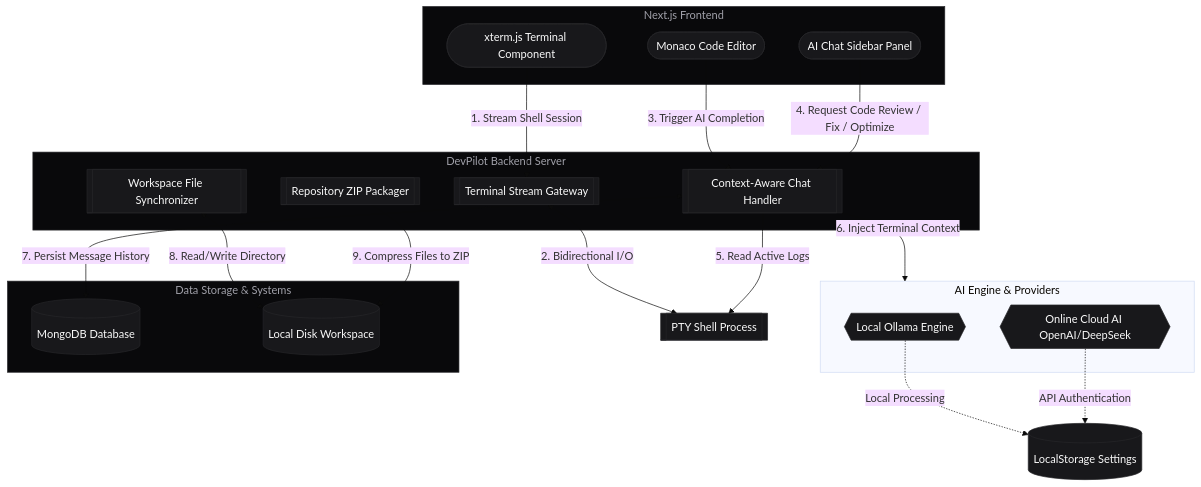
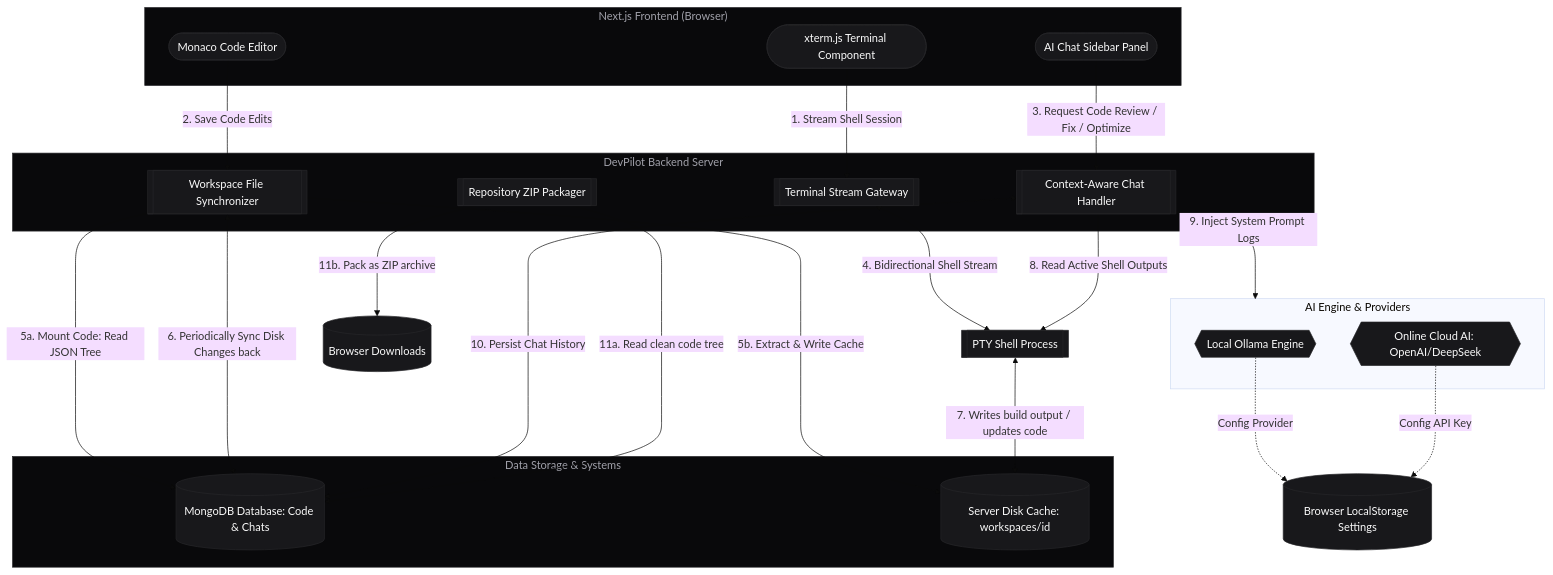
The diagram in README.md (Sofiyan7/DevPilot), drawn with Mermaid (base theme) before and after one commit.

Commit message:
Build Version Host

````diff
--- a/README.md
+++ b/README.md
@@ -36,53 +36,65 @@
 ```mermaid
 graph TD
     %% Define Styling
     classDef default fill:#18181b,stroke:#27272a,stroke-width:1px,color:#fafafa;
     classDef subgraphStyle fill:#09090b,stroke:#27272a,stroke-width:1px,color:#a1a1aa;
     
     %% Next.js Frontend Subgraph
-    subgraph Frontend ["Next.js Frontend"]
+    subgraph Frontend ["Next.js Frontend (Browser)"]
         Editor([Monaco Code Editor])
         Terminal([xterm.js Terminal Component])
         AIChat([AI Chat Sidebar Panel])
     end
 
     %% DevPilot Backend Server Subgraph
     subgraph Backend ["DevPilot Backend Server"]
         TerminalAPI[[Terminal Stream Gateway]]
         FilesAPI[[Workspace File Synchronizer]]
         ChatAPI[[Context-Aware Chat Handler]]
         DownloadAPI[[Repository ZIP Packager]]
     end
 
     %% External Services & AI Subgraph
     subgraph AI_Engine ["AI Engine & Providers"]
         Ollama{{Local Ollama Engine}}
-        CloudAI{{Online Cloud AI OpenAI/DeepSeek}}
+        CloudAI{{Online Cloud AI: OpenAI/DeepSeek}}
     end
 
     %% Database & Storage Subgraph
     subgraph DataStorage ["Data Storage & Systems"]
-        MongoDB[(MongoDB Database)]
-        DiskStorage[(Local Disk Workspace)]
+        MongoDB[(MongoDB Database: Code & Chats)]
+        DiskStorage[(Server Disk Cache: workspaces/id)]
     end
 
     %% Apply Classes
     class Frontend,Backend,AI_Engine,DataStorage subgraphStyle;
 
-    %% Connectors with labels
+    %% Client Interactions
     Terminal -->|1. Stream Shell Session| TerminalAPI
-    TerminalAPI <-->|2. Bidirectional I/O| ShellProcess[[PTY Shell Process]]
+    Editor -->|2. Save Code Edits| FilesAPI
+    AIChat -->|3. Request Code Review / Fix / Optimize| ChatAPI
+
+    %% Terminal shell streaming
+    TerminalAPI <-->|4. Bidirectional Shell Stream| ShellProcess[[PTY Shell Process]]
     
-    Editor -->|3. Trigger AI Completion| ChatAPI
-    AIChat -->|4. Request Code Review / Fix / Optimize| ChatAPI
+    %% Mount and Sync Lifecycle (Critical Data Flow!)
+    FilesAPI -->|5a. Mount Code: Read JSON Tree| MongoDB
+    FilesAPI -->|5b. Extract & Write Cache| DiskStorage
+    FilesAPI <-->|6. Periodically Sync Disk Changes back| MongoDB
     
-    ChatAPI -->|5. Read Active Logs| ShellProcess
-    ChatAPI -->|6. Inject Terminal Context| AI_Engine
-    ChatAPI <-->|7. Persist Message History| MongoDB
+    %% Shell / Terminal Compilation Files I/O
+    ShellProcess <-->|7. Writes build output / updates code| DiskStorage
+
+    %% AI Context Logic
+    ChatAPI -->|8. Read Active Shell Outputs| ShellProcess
+    ChatAPI -->|9. Inject System Prompt Logs| AI_Engine
+    ChatAPI <-->|10. Persist Chat History| MongoDB
     
-    FilesAPI <-->|8. Read/Write Directory| DiskStorage
-    DownloadAPI -->|9. Compress Files to ZIP| DiskStorage
-    
-    Ollama -.->|Local Processing| ClientSettings[(LocalStorage Settings)]
-    CloudAI -.->|API Authentication| ClientSettings
+    %% Code Packaging
+    DownloadAPI -->|11a. Read clean code tree| MongoDB
+    DownloadAPI -->|11b. Pack as ZIP archive| ClientSettings[(Browser Downloads)]
+
+    %% Settings Configuration
+    Ollama -.->|Config Provider| LocalSettings[(Browser LocalStorage Settings)]
+    CloudAI -.->|Config API Key| LocalSettings
 ```
````
